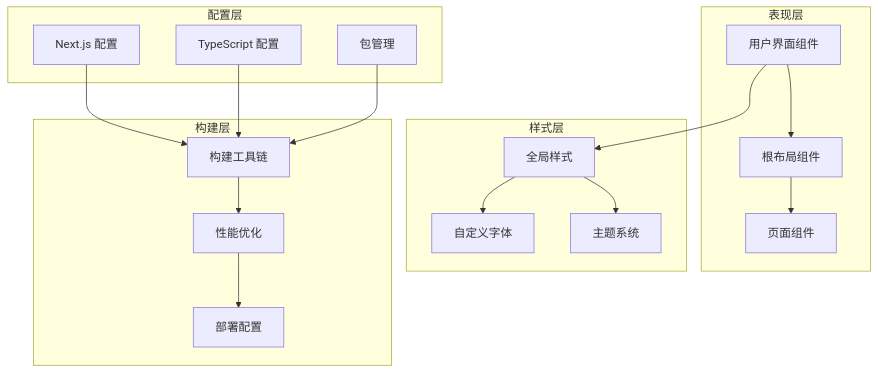
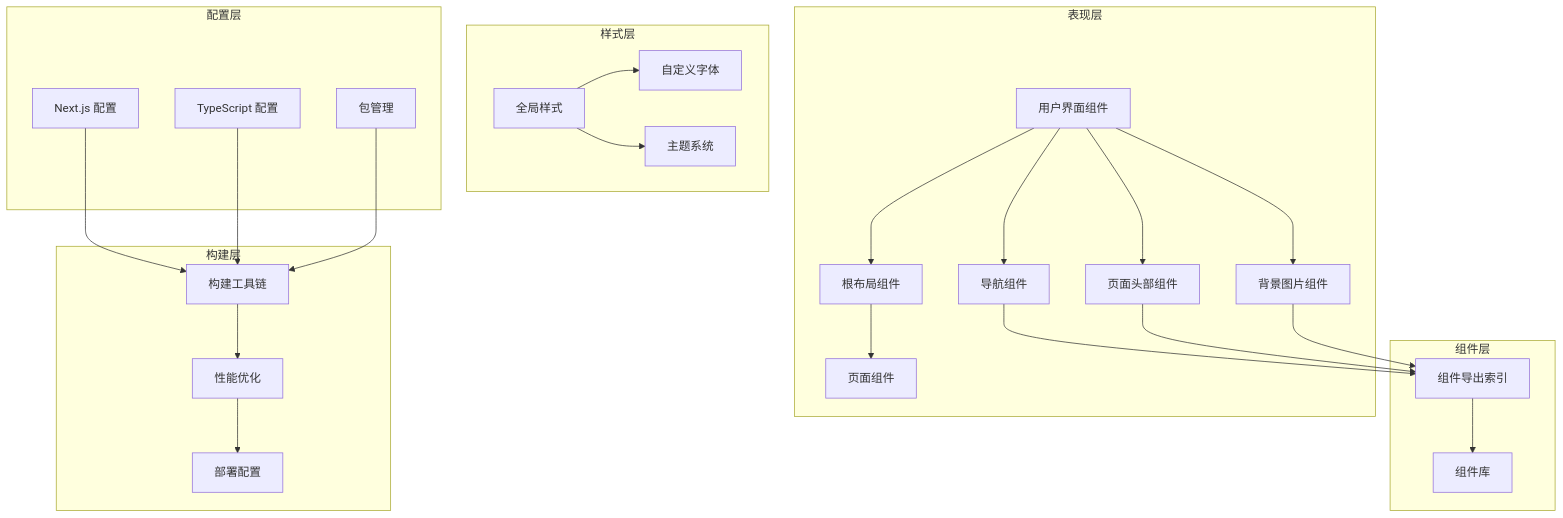
One commit to caoLei1997/Blog changed the third of 11 diagrams in .qoder/repowiki/zh/content/组件开发指南/组件开发指南.md. Above: the diagram before and after it, drawn with Mermaid. The commit also changed other lines of this file and 27 other files, not shown here.

````diff
--- a/.qoder/repowiki/zh/content/组件开发指南/组件开发指南.md
+++ b/.qoder/repowiki/zh/content/组件开发指南/组件开发指南.md
@@ -127,33 +172,46 @@
 ```mermaid
 graph TB
 subgraph "表现层"
 UI[用户界面组件]
 Layout[根布局组件]
 Page[页面组件]
+Nav[导航组件]
+PageHeader[页面头部组件]
+BackgroundImg[背景图片组件]
 end
 subgraph "样式层"
 CSS[全局样式]
 Fonts[自定义字体]
 Theme[主题系统]
+end
+subgraph "组件层"
+ComponentIndex[组件导出索引]
+ComponentLib[组件库]
 end
 subgraph "配置层"
 Config[Next.js 配置]
 TSConfig[TypeScript 配置]
 Package[包管理]
 end
 subgraph "构建层"
 Build[构建工具链]
 Optimize[性能优化]
 Deploy[部署配置]
 end
 UI --> Layout
 Layout --> Page
-UI --> CSS
+UI --> Nav
+UI --> PageHeader
+UI --> BackgroundImg
+ComponentIndex --> ComponentLib
+Nav --> ComponentIndex
+PageHeader --> ComponentIndex
+BackgroundImg --> ComponentIndex
 CSS --> Fonts
 CSS --> Theme
 Config --> Build
 TSConfig --> Build
 Package --> Build
 Build --> Optimize
 Optimize --> Deploy
 ```
````
